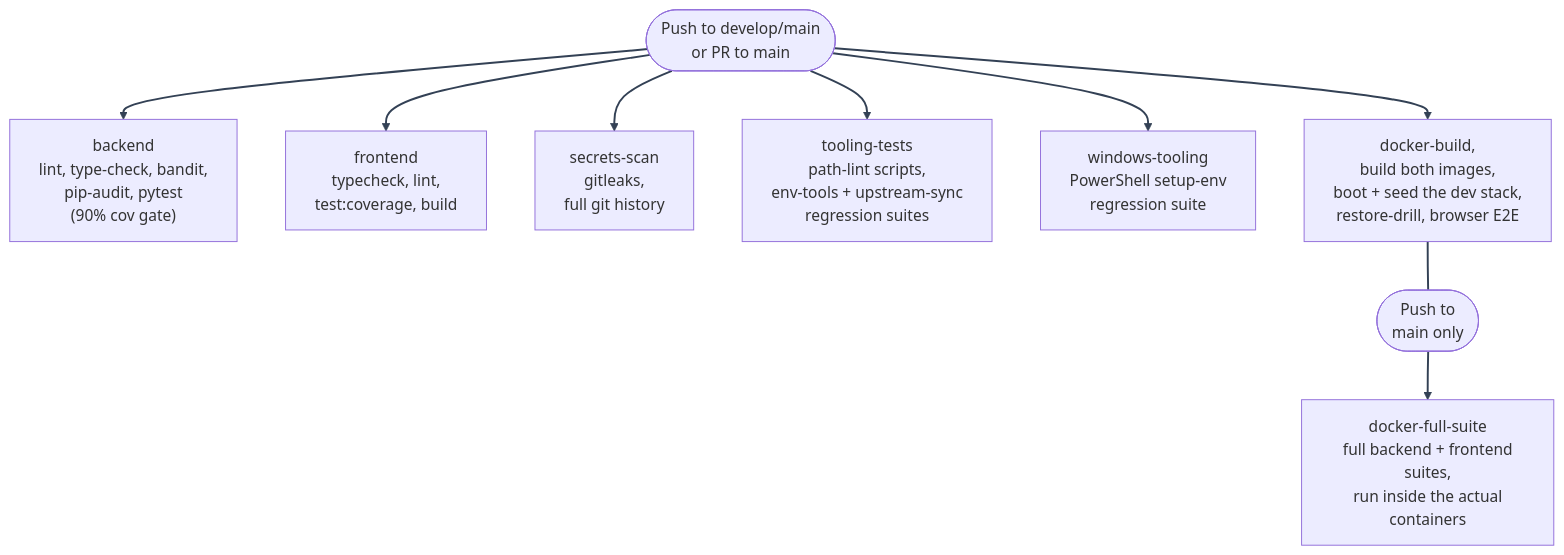
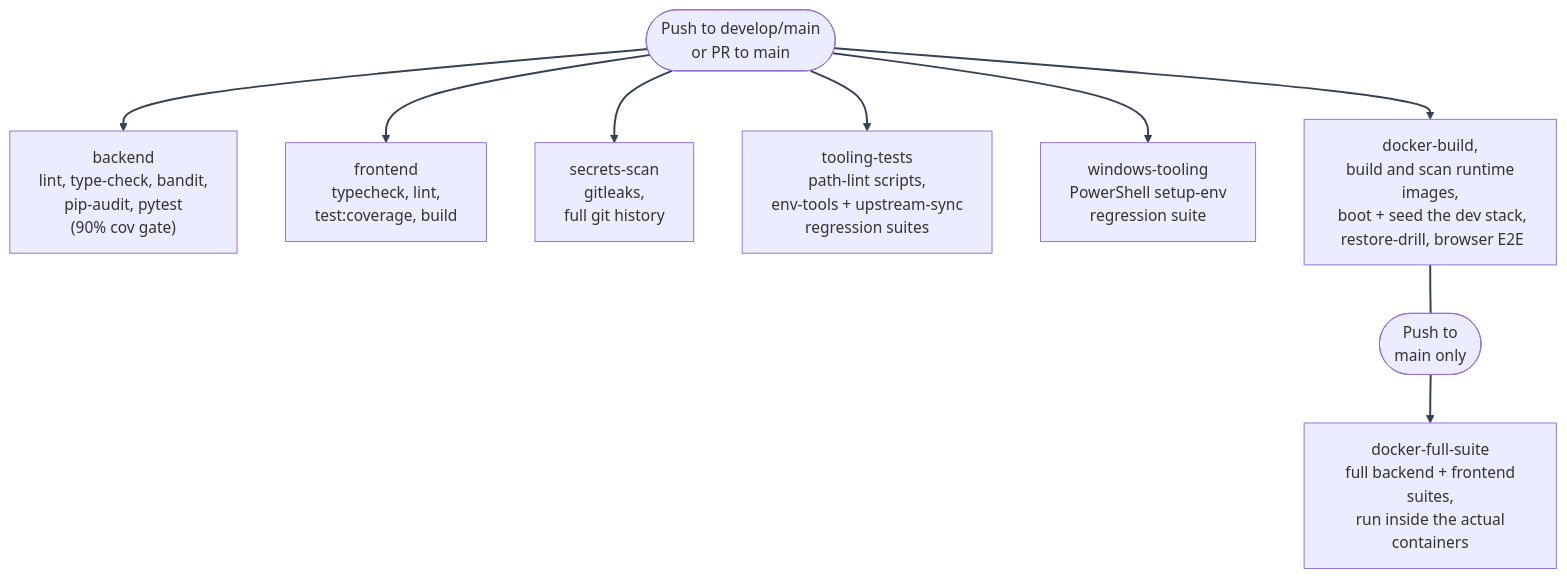
The diagram in docs/mystic_auth/cicd/overview.md (Nachiket-2024/mystic-auth), drawn with Mermaid before and after one commit. The commit also changed other lines of this file and 201 other files, not shown here.

````diff
--- a/docs/mystic_auth/cicd/overview.md
+++ b/docs/mystic_auth/cicd/overview.md
@@ -17,15 +26,15 @@
 ```mermaid
 %%{init: {"themeVariables": {"lineColor": "#334155"}} }%%
 flowchart TD
     Trigger(["Push to develop/main\n or PR to main"])
     TriggerMain(["Push to\n main only"])
     Trigger --> Backend["backend\n lint, type-check, bandit,\n pip-audit, pytest\n (90% cov gate)"]
     Trigger --> Frontend["frontend\n typecheck, lint,\n test:coverage, build"]
     Trigger --> Secrets["secrets-scan\n gitleaks,\n full git history"]
     Trigger --> Tooling["tooling-tests\n path-lint scripts,\n env-tools + upstream-sync\n regression suites"]
     Trigger --> Windows["windows-tooling\n PowerShell setup-env\n regression suite"]
-    Trigger --> DockerBuild["docker-build,\n build both images,\n boot + seed the dev stack,\n restore-drill, browser E2E"]
+    Trigger --> DockerBuild["docker-build,\n build and scan runtime images,\n boot + seed the dev stack,\n restore-drill, browser E2E"]
     DockerBuild ~~~ TriggerMain
     TriggerMain --> DockerFullSuite["docker-full-suite\n full backend + frontend suites,\n run inside the actual containers"]
     linkStyle default stroke:#334155,stroke-width:2px
 ```
````
